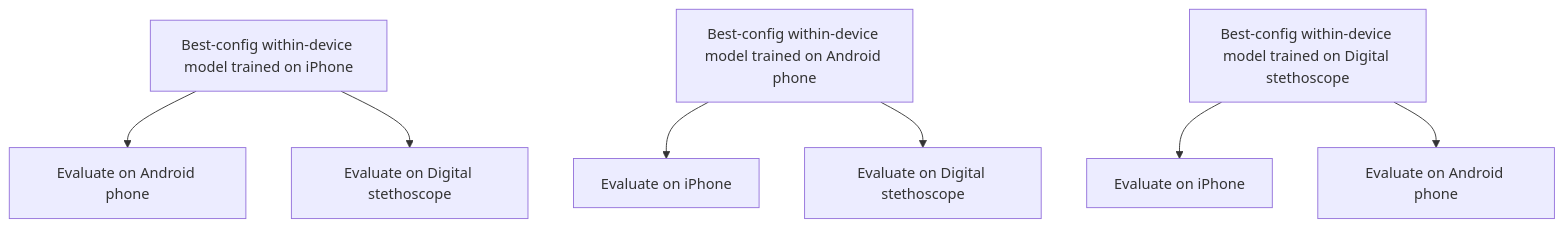
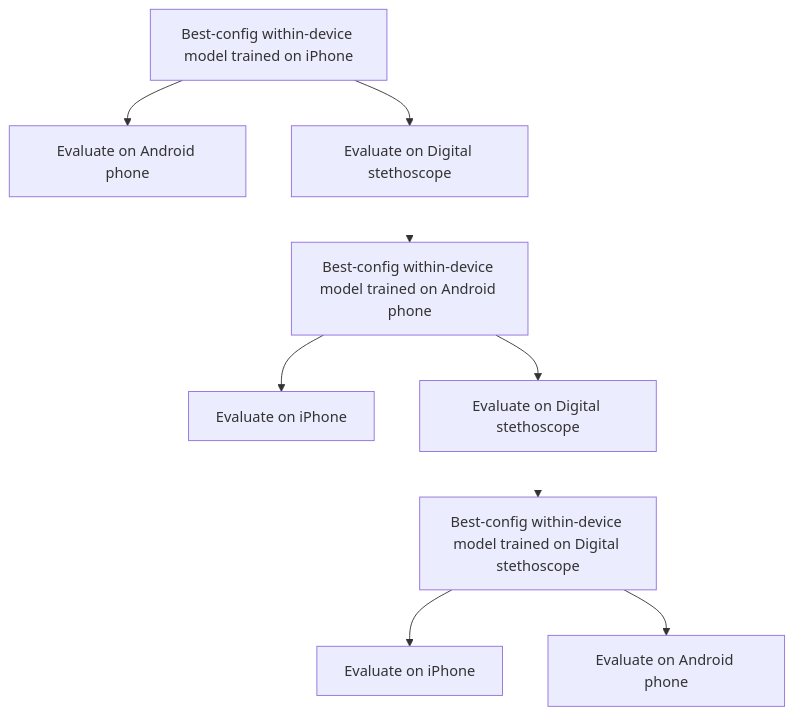
Before and after one commit to anywheredoor/phonocardiogram-lvef-deeplearning: the second of 3 diagrams in README.md, drawn with Mermaid. The commit also changed other lines of this file, not shown here.

````diff
--- a/README.md
+++ b/README.md
@@ -114,9 +114,13 @@
 ```mermaid
 flowchart TB
     A["Best-config within-device model trained on iPhone"] --> A1["Evaluate on Android phone"]
     A --> A2["Evaluate on Digital stethoscope"]
     B["Best-config within-device model trained on Android phone"] --> B1["Evaluate on iPhone"]
     B --> B2["Evaluate on Digital stethoscope"]
     C["Best-config within-device model trained on Digital stethoscope"] --> C1["Evaluate on iPhone"]
     C --> C2["Evaluate on Android phone"]
+    A2 --> B
+    B2 --> C
+    linkStyle 6 stroke-width:0px,fill:none;
+    linkStyle 7 stroke-width:0px,fill:none;
 ```
````
